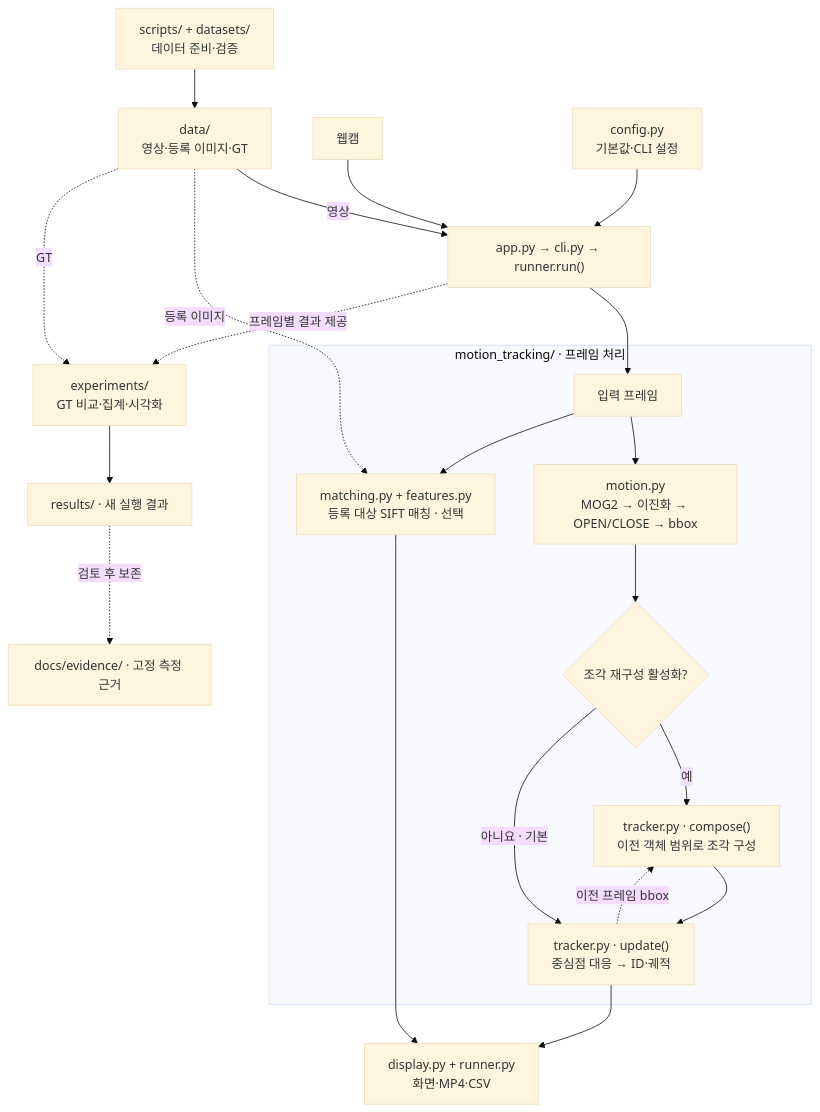
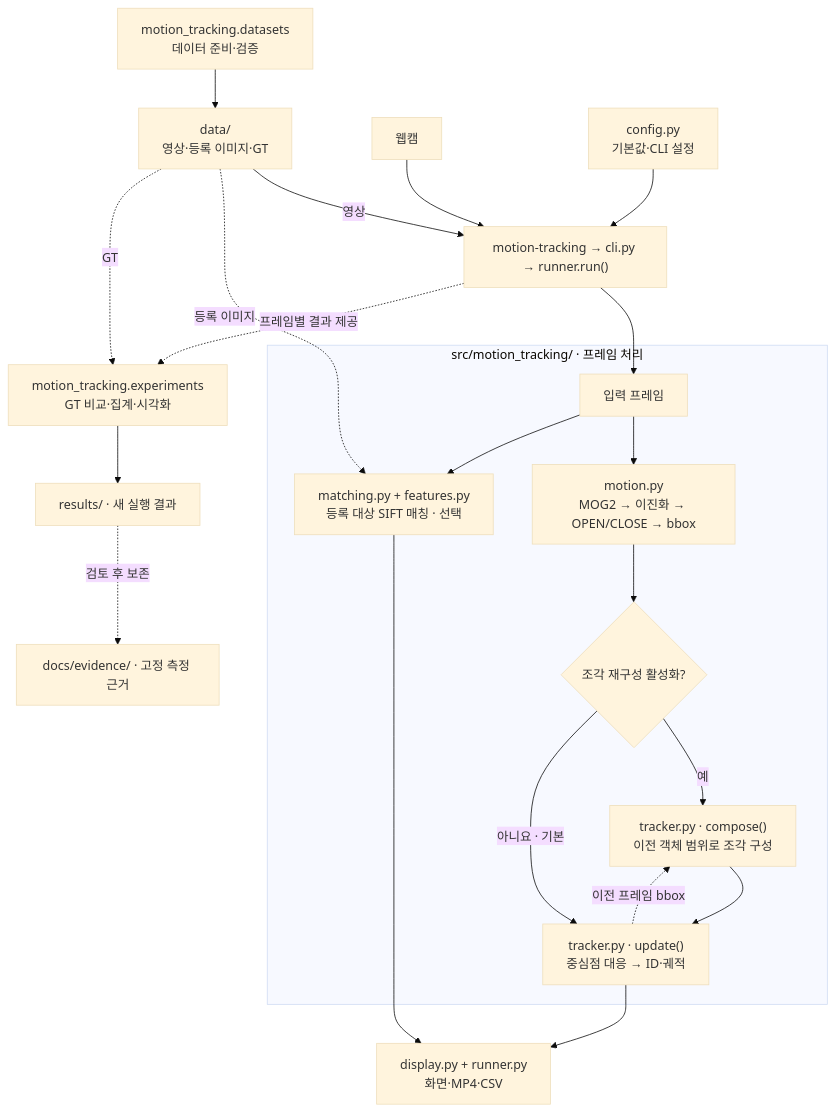
The diagram in README.md (shannonlee-dev/motion-tracking-analysis-pipeline), drawn with Mermaid (base theme) before and after one commit. The commit also changed other lines of this file and 50 other files, not shown here.

````diff
--- a/README.md
+++ b/README.md
@@ -19,26 +28,26 @@
 ```mermaid
 flowchart TD
-    Setup["scripts/ + datasets/<br/>데이터 준비·검증"] --> Data["data/<br/>영상·등록 이미지·GT"]
-    Data -- "영상" --> App["app.py → cli.py → runner.run()"]
+    Setup["motion_tracking.datasets<br/>데이터 준비·검증"] --> Data["data/<br/>영상·등록 이미지·GT"]
+    Data -- "영상" --> App["motion-tracking → cli.py → runner.run()"]
     Camera["웹캠"] --> App
     Config["config.py<br/>기본값·CLI 설정"] --> App
 
-    subgraph Pipeline["motion_tracking/ · 프레임 처리"]
+    subgraph Pipeline["src/motion_tracking/ · 프레임 처리"]
         Frame["입력 프레임"] --> Motion["motion.py<br/>MOG2 → 이진화 → OPEN/CLOSE → bbox"]
         Motion --> Compose{"조각 재구성 활성화?"}
         Compose -- "예" --> Group["tracker.py · compose()<br/>이전 객체 범위로 조각 구성"]
         Compose -- "아니요 · 기본" --> Track["tracker.py · update()<br/>중심점 대응 → ID·궤적"]
         Group --> Track
         Track -. "이전 프레임 bbox" .-> Group
         Frame --> Match["matching.py + features.py<br/>등록 대상 SIFT 매칭 · 선택"]
     end
 
     App --> Frame
     Data -. "등록 이미지" .-> Match
     Track --> Output["display.py + runner.py<br/>화면·MP4·CSV"]
     Match --> Output
-    App -. "프레임별 결과 제공" .-> Eval["experiments/<br/>GT 비교·집계·시각화"]
+    App -. "프레임별 결과 제공" .-> Eval["motion_tracking.experiments<br/>GT 비교·집계·시각화"]
     Data -. "GT" .-> Eval
     Eval --> Results["results/ · 새 실행 결과"]
     Results -. "검토 후 보존" .-> Evidence["docs/evidence/ · 고정 측정 근거"]
 ```
````
